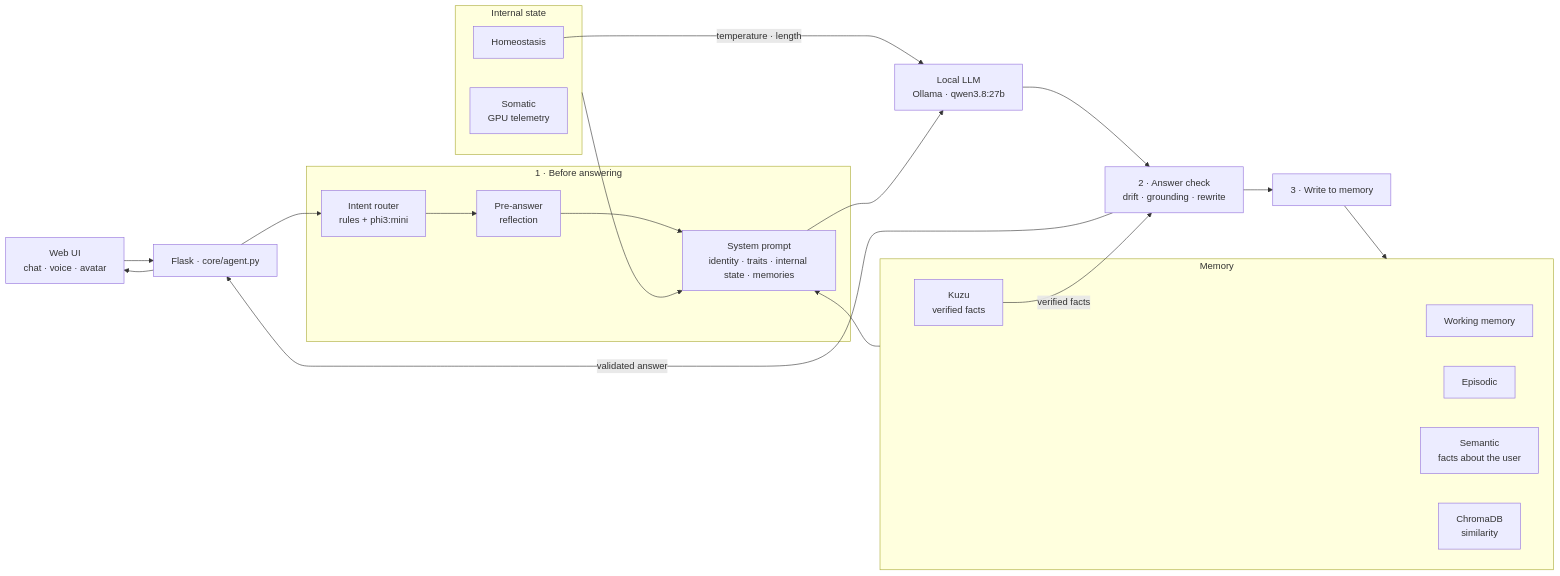
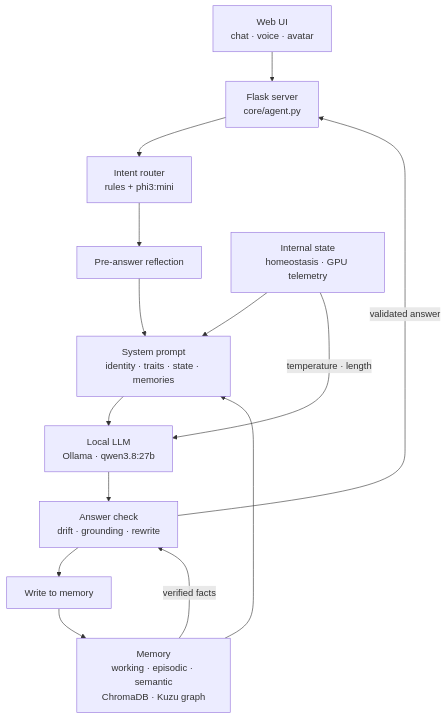
The diagram in README.md (lupanostefano/eden-local-agent), drawn with Mermaid before and after one commit.

Commit message:
Make the architecture diagram taller and easier to read

````diff
--- a/README.md
+++ b/README.md
@@ -26,34 +26,16 @@
 ```mermaid
-flowchart LR
-    UI["Web UI<br/>chat · voice · avatar"] --> AG["Flask · core/agent.py"]
-
-    subgraph IN["1 · Before answering"]
-        IR["Intent router<br/>rules + phi3:mini"] --> RE["Pre-answer<br/>reflection"]
-        RE --> SP["System prompt<br/>identity · traits · internal state · memories"]
-    end
-
-    subgraph MEM["Memory"]
-        WM["Working memory"]
-        EP["Episodic"]
-        SE["Semantic<br/>facts about the user"]
-        VE["ChromaDB<br/>similarity"]
-        GR["Kuzu<br/>verified facts"]
-    end
-
-    subgraph ST["Internal state"]
-        HO["Homeostasis"]
-        SO["Somatic<br/>GPU telemetry"]
-    end
-
-    AG --> IR
-    MEM --> SP
-    ST --> SP
-    HO -->|"temperature · length"| LLM
+flowchart TB
+    UI["Web UI<br/>chat · voice · avatar"] --> AG["Flask server<br/>core/agent.py"]
+    AG --> IR["Intent router<br/>rules + phi3:mini"]
+    IR --> RE["Pre-answer reflection"]
+    RE --> SP["System prompt<br/>identity · traits · state · memories"]
+    MEM["Memory<br/>working · episodic · semantic<br/>ChromaDB · Kuzu graph"] --> SP
+    ST["Internal state<br/>homeostasis · GPU telemetry"] --> SP
     SP --> LLM["Local LLM<br/>Ollama · qwen3.8:27b"]
-    LLM --> DE["2 · Answer check<br/>drift · grounding · rewrite"]
-    GR -->|"verified facts"| DE
+    ST -->|"temperature · length"| LLM
+    LLM --> DE["Answer check<br/>drift · grounding · rewrite"]
+    MEM -->|"verified facts"| DE
     DE -->|"validated answer"| AG
-    DE --> EN["3 · Write to memory"]
+    DE --> EN["Write to memory"]
     EN --> MEM
-    AG --> UI
 ```
````
